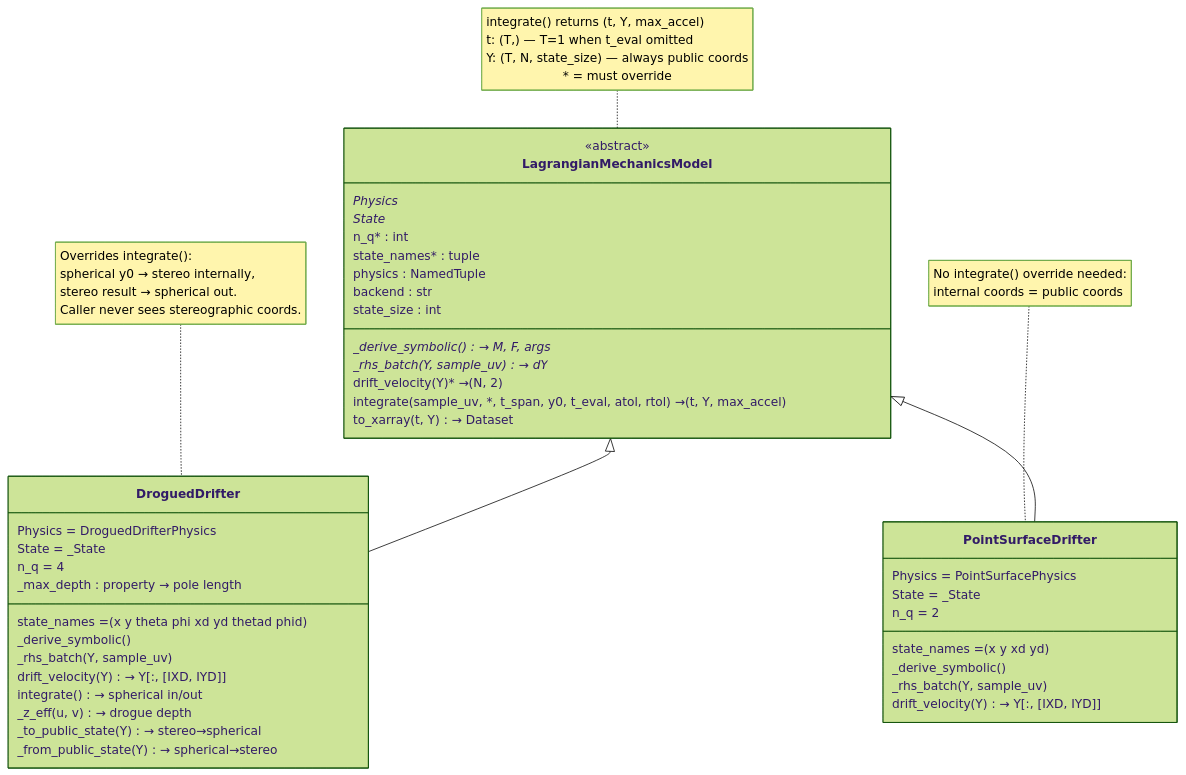
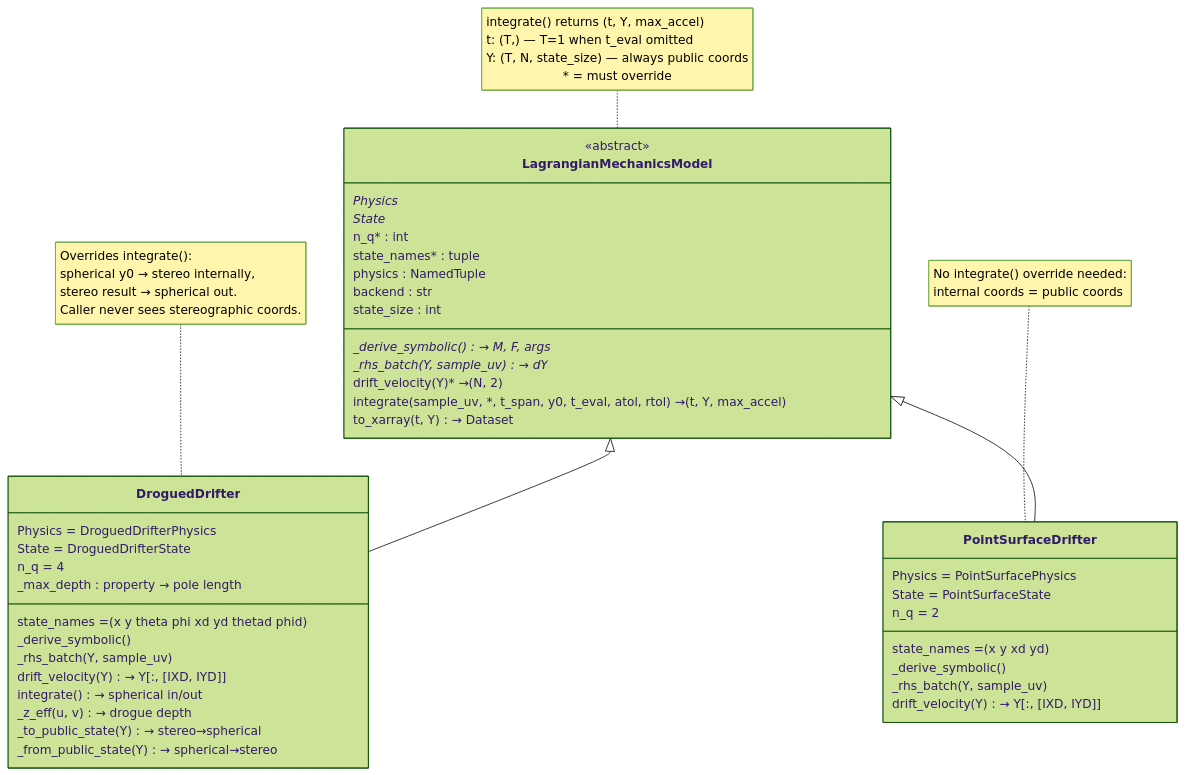
One commit to geomar-od-lagrange/mechanical_drifters changed the first of 2 diagrams in docs/class-diagram.md. Above: the diagram before and after it, drawn with Mermaid (forest theme). The commit also changed 15 other files, not shown here.

````diff
--- a/docs/class-diagram.md
+++ b/docs/class-diagram.md
@@ -5,58 +5,58 @@
 ```mermaid
 classDiagram
     direction TB
 
     class LagrangianMechanicsModel {
         <<abstract>>
         Physics*
         State*
         n_q* : int
         state_names* : tuple
         physics : NamedTuple
         backend : str
         state_size : int
         _derive_symbolic()* → M, F, args
         _rhs_batch(Y, sample_uv)* → dY
         drift_velocity(Y)* → (N, 2)
         integrate(sample_uv, *, t_span, y0, t_eval, atol, rtol) → (t, Y, max_accel)
         to_xarray(t, Y) → Dataset
     }
     note for LagrangianMechanicsModel "integrate() returns (t, Y, max_accel)
 t: (T,) — T=1 when t_eval omitted
 Y: (T, N, state_size) — always public coords
 * = must override"
 
     class DroguedDrifter {
         Physics = DroguedDrifterPhysics
-        State = _State
+        State = DroguedDrifterState
         n_q = 4
         state_names = (x y theta phi xd yd thetad phid)
         _derive_symbolic()
         _rhs_batch(Y, sample_uv)
         drift_velocity(Y) → Y[:, [IXD, IYD]]
         integrate() → spherical in/out
         _z_eff(u, v) → drogue depth
         _max_depth : property → pole length
         _to_public_state(Y) → stereo→spherical
         _from_public_state(Y) → spherical→stereo
     }
     note for DroguedDrifter "Overrides integrate():
 spherical y0 → stereo internally,
 stereo result → spherical out.
 Caller never sees stereographic coords."
 
     class PointSurfaceDrifter {
         Physics = PointSurfacePhysics
-        State = _State
+        State = PointSurfaceState
         n_q = 2
         state_names = (x y xd yd)
         _derive_symbolic()
         _rhs_batch(Y, sample_uv)
         drift_velocity(Y) → Y[:, [IXD, IYD]]
     }
     note for PointSurfaceDrifter "No integrate() override needed:
 internal coords = public coords"
 
     LagrangianMechanicsModel <|-- DroguedDrifter
     LagrangianMechanicsModel <|-- PointSurfaceDrifter
 ```
````
